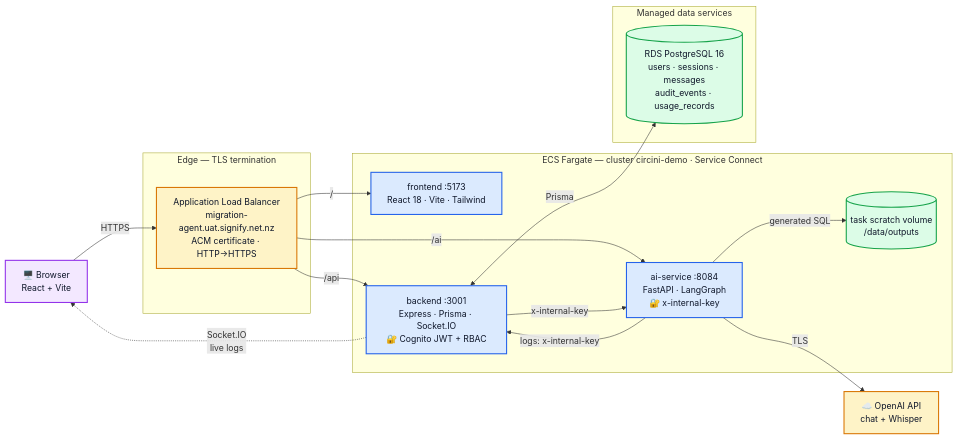
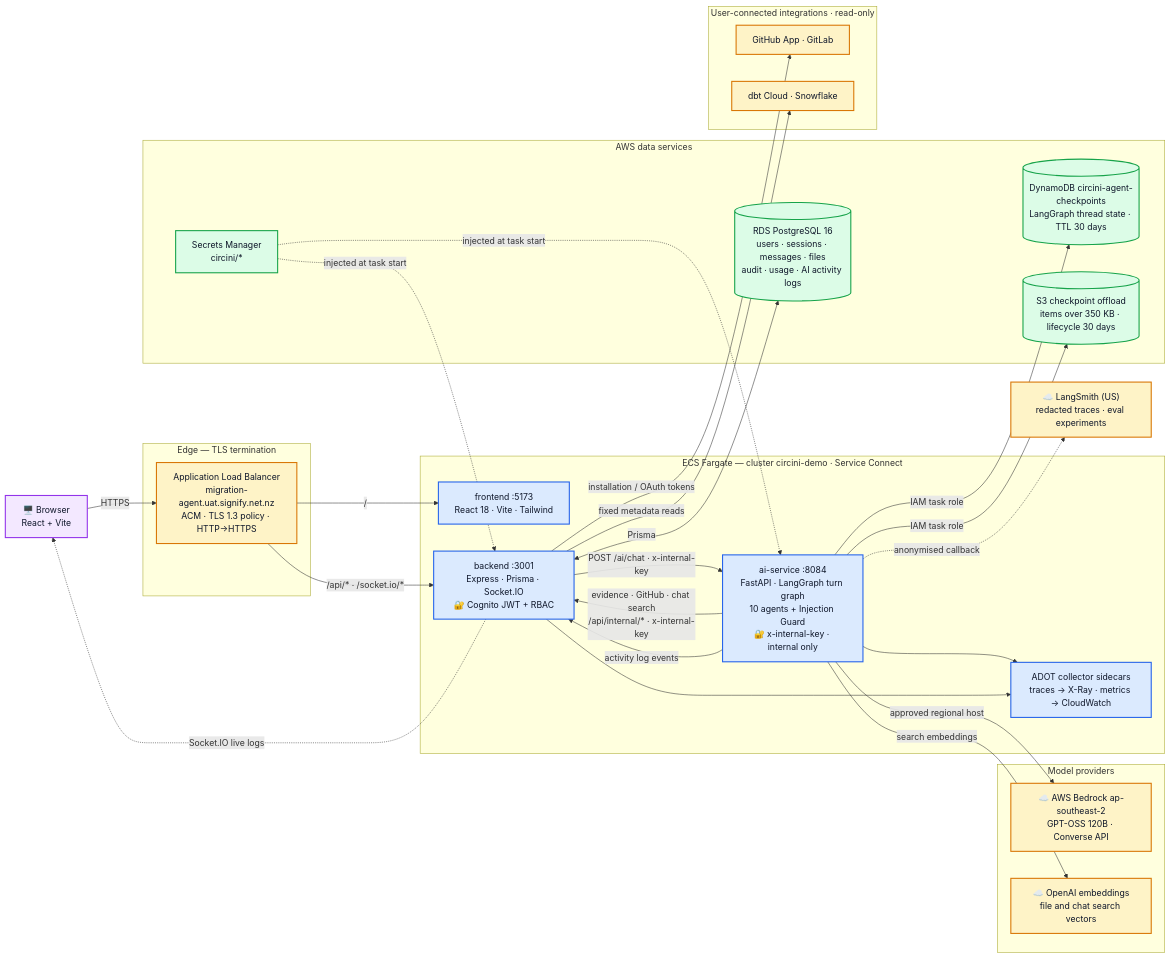
Before and after one commit to shankasf/small_migration: the first of 7 diagrams in README.md, drawn with Mermaid. The commit also changed other lines of this file and 87 other files, not shown here.

First line of the commit message:
Harden impact analysis from production feedback and refresh README diagrams

````diff
--- a/README.md
+++ b/README.md
@@ -17,41 +17,63 @@
 ```mermaid
 flowchart LR
     U["🖥️ Browser<br/>React + Vite"]
 
     subgraph edge["Edge — TLS termination"]
-        IG["Application Load Balancer<br/>migration-agent.uat.signify.net.nz<br/>ACM certificate · HTTP→HTTPS"]
+        IG["Application Load Balancer<br/>migration-agent.uat.signify.net.nz<br/>ACM · TLS 1.3 policy · HTTP→HTTPS"]
     end
 
     subgraph cluster["ECS Fargate — cluster circini-demo · Service Connect"]
         FE["frontend :5173<br/>React 18 · Vite · Tailwind"]
         BE["backend :3001<br/>Express · Prisma · Socket.IO<br/>🔐 Cognito JWT + RBAC"]
-        AI["ai-service :8084<br/>FastAPI · LangGraph<br/>🔐 x-internal-key"]
-        PV[("task scratch volume<br/>/data/outputs")]
+        AI["ai-service :8084<br/>FastAPI · LangGraph turn graph<br/>10 agents + Injection Guard<br/>🔐 x-internal-key · internal only"]
+        OT["ADOT collector sidecars<br/>traces → X-Ray · metrics → CloudWatch"]
     end
 
-    subgraph managed["Managed data services"]
-        DB[("RDS PostgreSQL 16<br/>users · sessions · messages<br/>audit_events · usage_records")]
+    subgraph data["AWS data services"]
+        DB[("RDS PostgreSQL 16<br/>users · sessions · messages · files<br/>audit · usage · AI activity logs")]
+        CK[("DynamoDB circini-agent-checkpoints<br/>LangGraph thread state · TTL 30 days")]
+        S3[("S3 checkpoint offload<br/>items over 350 KB · lifecycle 30 days")]
+        SM["Secrets Manager<br/>circini/*"]
     end
 
-    OAI["☁️ OpenAI API<br/>chat + Whisper"]
+    subgraph models["Model providers"]
+        BR["☁️ AWS Bedrock ap-southeast-2<br/>GPT-OSS 120B · Converse API"]
+        EMB["☁️ OpenAI embeddings<br/>file and chat search vectors"]
+    end
+
+    subgraph integrations["User-connected integrations · read-only"]
+        GH["GitHub App · GitLab"]
+        DW["dbt Cloud · Snowflake"]
+    end
+
+    LS["☁️ LangSmith (US)<br/>redacted traces · eval experiments"]
 
     U -- HTTPS --> IG
     IG -- "/" --> FE
-    IG -- "/api" --> BE
-    IG -- "/ai" --> AI
-    BE <-- "Prisma" --> DB
-    BE -- "x-internal-key" --> AI
-    AI -- "logs: x-internal-key" --> BE
-    BE -. "Socket.IO<br/>live logs" .-> U
-    AI -- "generated SQL" --> PV
-    AI -- "TLS" --> OAI
+    IG -- "/api/* · /socket.io/*" --> BE
+    BE <-- Prisma --> DB
+    BE -- "POST /ai/chat · x-internal-key" --> AI
+    AI -- "evidence · GitHub · chat search<br/>/api/internal/* · x-internal-key" --> BE
+    AI -- "activity log events" --> BE
+    BE -. "Socket.IO live logs" .-> U
+    BE -- "installation / OAuth tokens" --> GH
+    BE -- "fixed metadata reads" --> DW
+    AI -- "IAM task role" --> CK
+    AI -- "IAM task role" --> S3
+    AI -- "approved regional host" --> BR
+    AI -- "search embeddings" --> EMB
+    AI -. "anonymised callback" .-> LS
+    AI --> OT
+    BE --> OT
+    SM -. "injected at task start" .-> AI
+    SM -. "injected at task start" .-> BE
 
     classDef svc fill:#dbeafe,stroke:#2563eb,stroke-width:2px,color:#0f172a
     classDef data fill:#dcfce7,stroke:#16a34a,stroke-width:2px,color:#0f172a
     classDef ext fill:#fef3c7,stroke:#d97706,stroke-width:2px,color:#0f172a
     classDef client fill:#f3e8ff,stroke:#9333ea,stroke-width:2px,color:#0f172a
-    class FE,BE,AI svc
-    class DB,PV data
-    class OAI,IG ext
+    class FE,BE,AI,OT svc
+    class DB,CK,S3,SM data
+    class BR,EMB,LS,IG,GH,DW ext
     class U client
 ```
````
